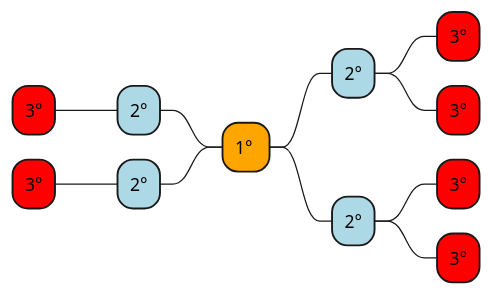
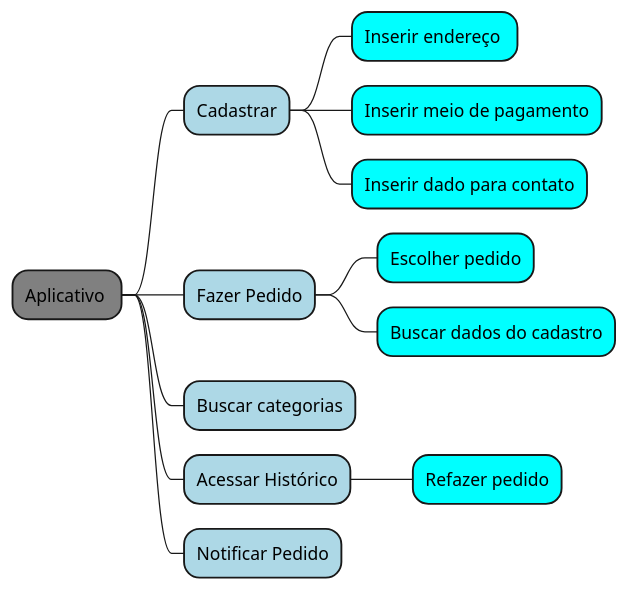
The diagram in docs/base/mm.wsd (Projetos-de-Extensao/PBE_25.1_8001_II_Simblissima), drawn with PlantUML before and after one commit.

Commit message:
Mapa mental, feito por Bernardo Lobo, Bernardo Moreira, Guilherme Dias, Julia Curto,Michel Melo

```diff
--- a/docs/base/mm.wsd
+++ b/docs/base/mm.wsd
@@ -1,17 +1,24 @@
 @startmindmap
 
-*[#Orange] 1° 
-**[#LightBlue] 2°
-***[#Red] 3°
-***[#Red] 3°
-**[#LightBlue] 2°
-***[#Red] 3°
-***[#Red] 3°
+*[#Gray] Aplicativo 
+**[#LightBlue]  Cadastrar
+***[#Cyan] Inserir endereço 
+***[#Cyan] Inserir meio de pagamento
+***[#Cyan] Inserir dado para contato
 
---[#LightBlue] 2°
----[#Red] 3°
---[#LightBlue] 2°
----[#Red] 3°
+**[#LightBlue] Fazer Pedido
+***[#Cyan] Escolher pedido
+***[#Cyan] Buscar dados do cadastro
+**[#LightBlue] Buscar categorias
+**[#LightBlue] Acessar Histórico
+***[#Cyan] Refazer pedido
+**[#LightBlue] Notificar Pedido
+
+
+
+'--[#LightBlue] 2°
+'---[#Red] 3°
+
 
 
 @endmindmap
```
